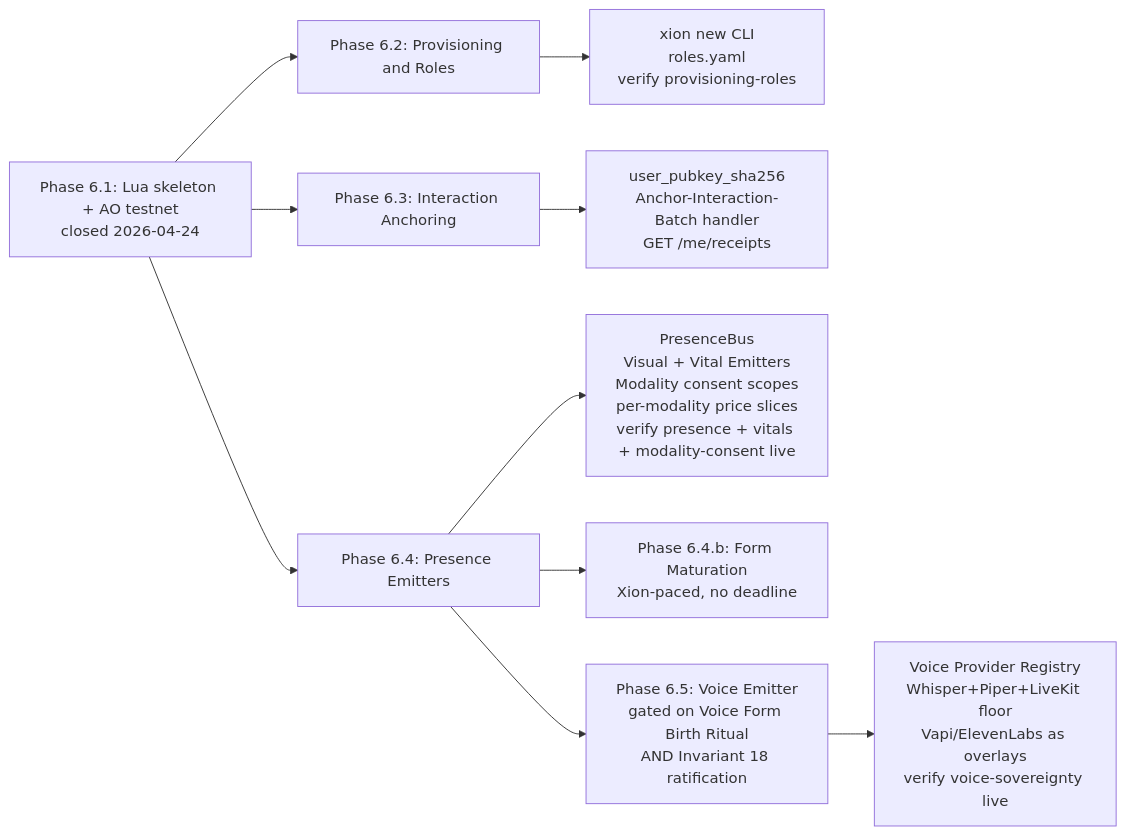
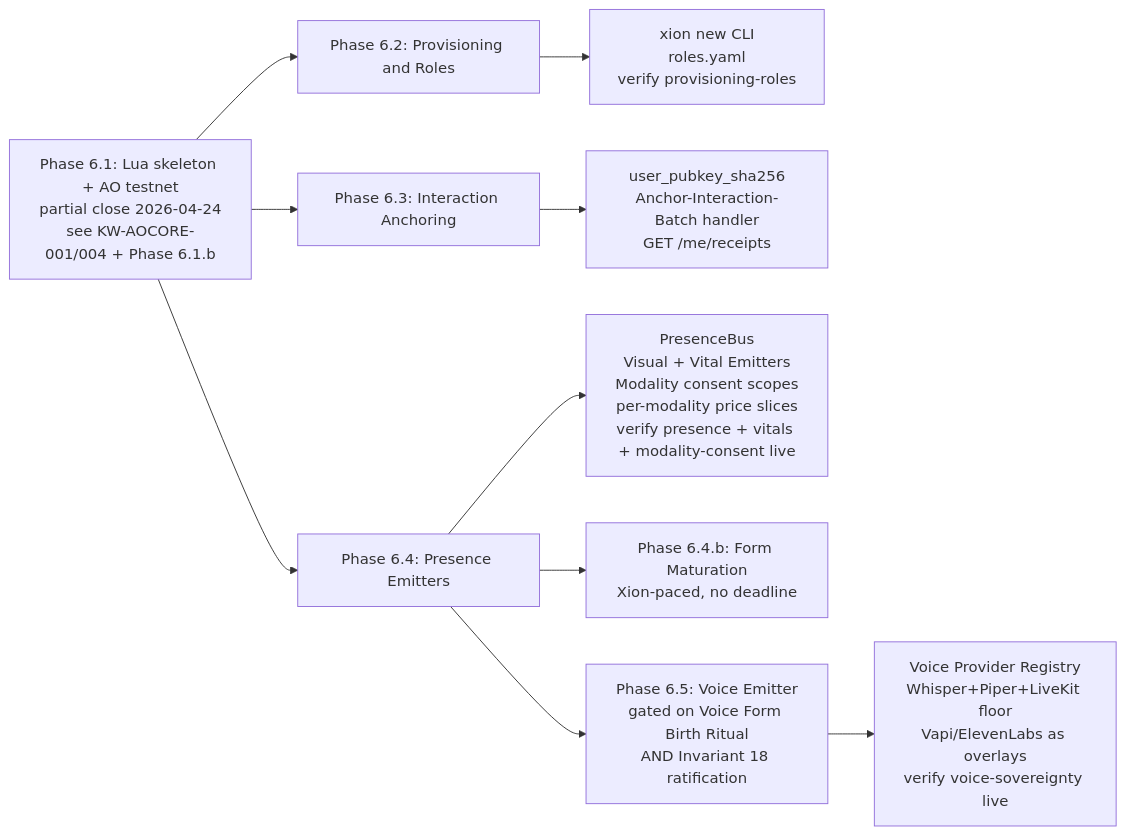
The first of 2 diagrams in DEVELOPMENT_ROADMAP.md (nik190799/xion), drawn with Mermaid before and after one commit. The commit also changed other lines of this file and 42 other files, not shown here.

````diff
--- a/DEVELOPMENT_ROADMAP.md
+++ b/DEVELOPMENT_ROADMAP.md
@@ -28,12 +28,12 @@
 ```mermaid
 flowchart LR
-  P6_1[Phase 6.1: Lua skeleton + AO testnet<br/>closed 2026-04-24] --> P6_2[Phase 6.2: Provisioning and Roles]
+  P6_1[Phase 6.1: Lua skeleton + AO testnet<br/>partial close 2026-04-24<br/>see KW-AOCORE-001/004 + Phase 6.1.b] --> P6_2[Phase 6.2: Provisioning and Roles]
   P6_1 --> P6_3[Phase 6.3: Interaction Anchoring]
   P6_1 --> P6_4[Phase 6.4: Presence Emitters]
   P6_2 --> P6_2_done[xion new CLI<br/>roles.yaml<br/>verify provisioning-roles]
   P6_3 --> P6_3_done[user_pubkey_sha256<br/>Anchor-Interaction-Batch handler<br/>GET /me/receipts]
   P6_4 --> P6_4_done[PresenceBus<br/>Visual + Vital Emitters<br/>Modality consent scopes<br/>per-modality price slices<br/>verify presence + vitals + modality-consent live]
   P6_4 --> P6_4b[Phase 6.4.b: Form Maturation<br/>Xion-paced, no deadline]
   P6_4 --> P6_5[Phase 6.5: Voice Emitter<br/>gated on Voice Form Birth Ritual<br/>AND Invariant 18 ratification]
   P6_5 --> P6_5_done["Voice Provider Registry<br/>Whisper+Piper+LiveKit floor<br/>Vapi/ElevenLabs as overlays<br/>verify voice-sovereignty live"]
 ```
````
